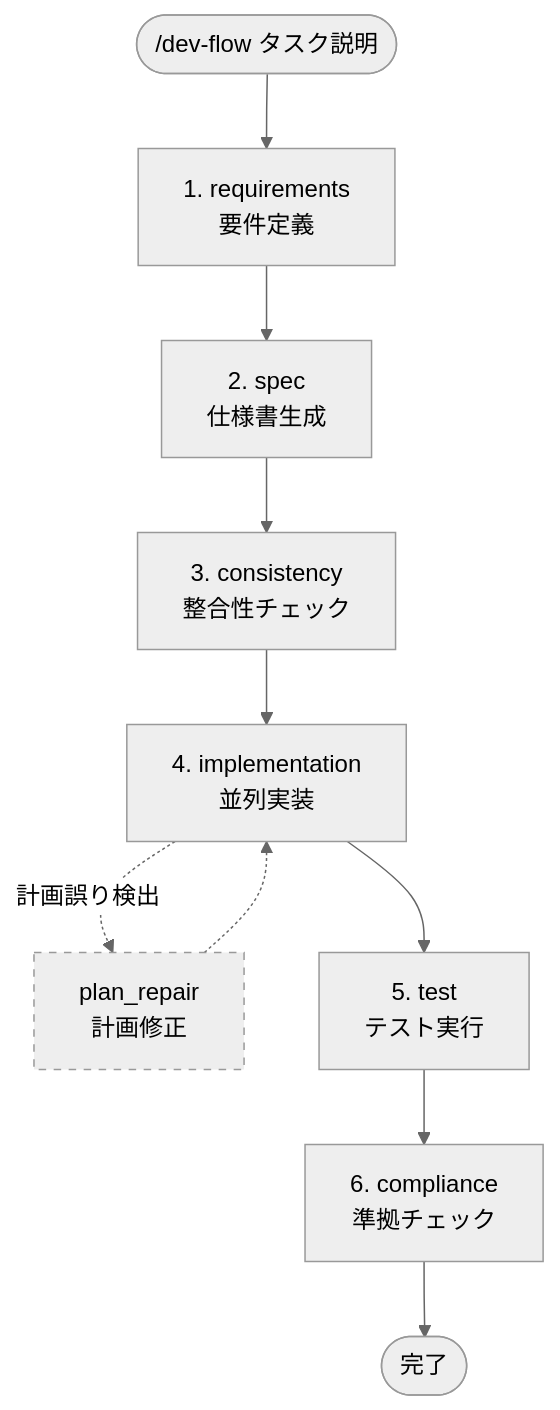
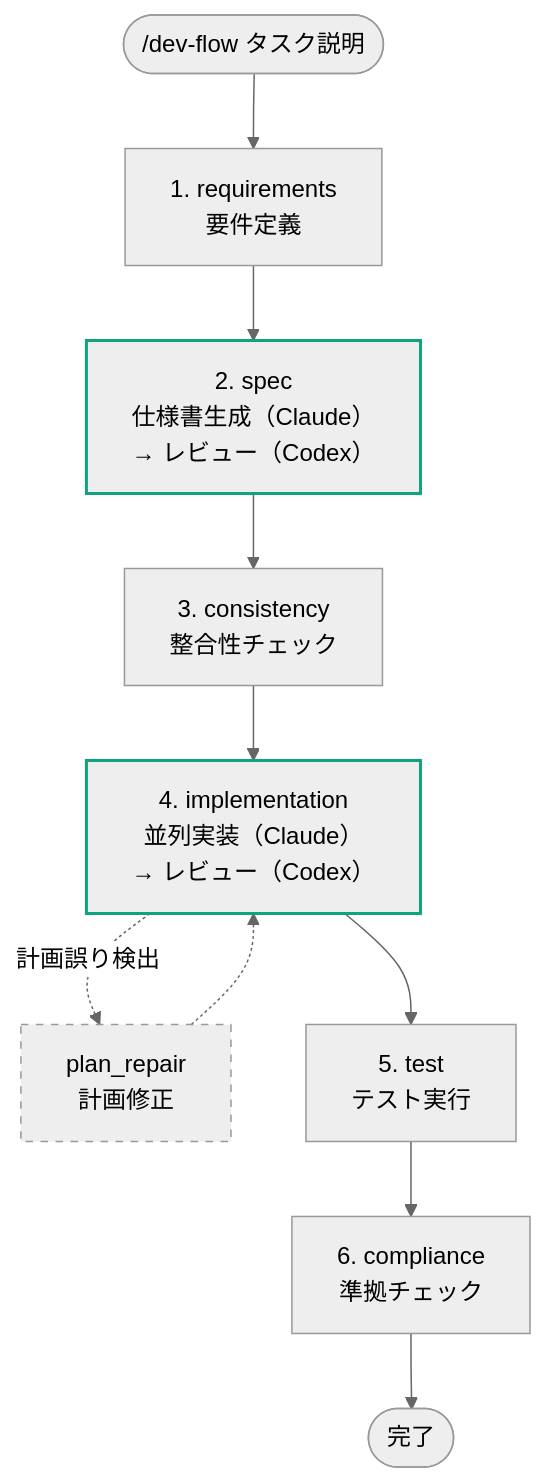
One commit to youmjww-org/dev-flow-skills changed the first of 5 diagrams in README.md. Above: the diagram before and after it, drawn with Mermaid (neutral theme). The commit also changed other lines of this file, not shown here.

First line of the commit message:
README に Codex 併用を書き、図を今のモデル構成に合わせる

````diff
--- a/README.md
+++ b/README.md
@@ -32,18 +41,21 @@
 ```mermaid
 flowchart TD
     Start(["/dev-flow タスク説明"])
     S1["1. requirements<br/>要件定義"]
-    S2["2. spec<br/>仕様書生成"]
+    S2["2. spec<br/>仕様書生成（Claude）<br/>→ レビュー（Codex）"]
     S3["3. consistency<br/>整合性チェック"]
     S3R["plan_repair<br/>計画修正"]
-    S4["4. implementation<br/>並列実装"]
+    S4["4. implementation<br/>並列実装（Claude）<br/>→ レビュー（Codex）"]
     S5["5. test<br/>テスト実行"]
     S6["6. compliance<br/>準拠チェック"]
     Done([完了])
 
     Start --> S1 --> S2 --> S3 --> S4 --> S5 --> S6 --> Done
     S4 -. 計画誤り検出 .-> S3R -.-> S4
 
     S3R:::optional
+    S2:::codex
+    S4:::codex
     classDef optional stroke-dasharray: 5 5
+    classDef codex stroke:#10a37f,stroke-width:2px
 ```
````
